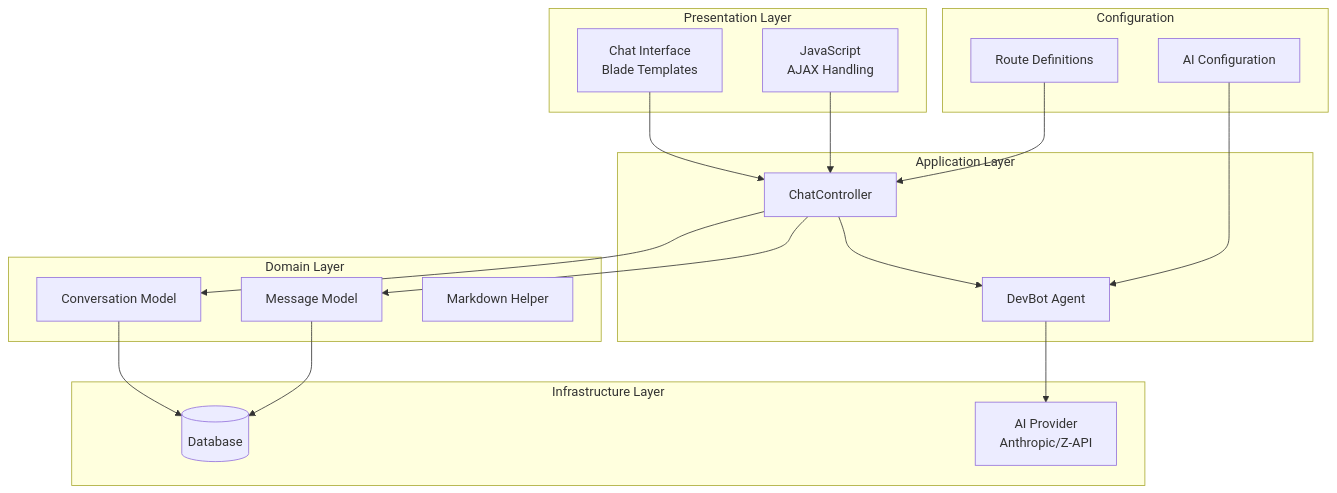
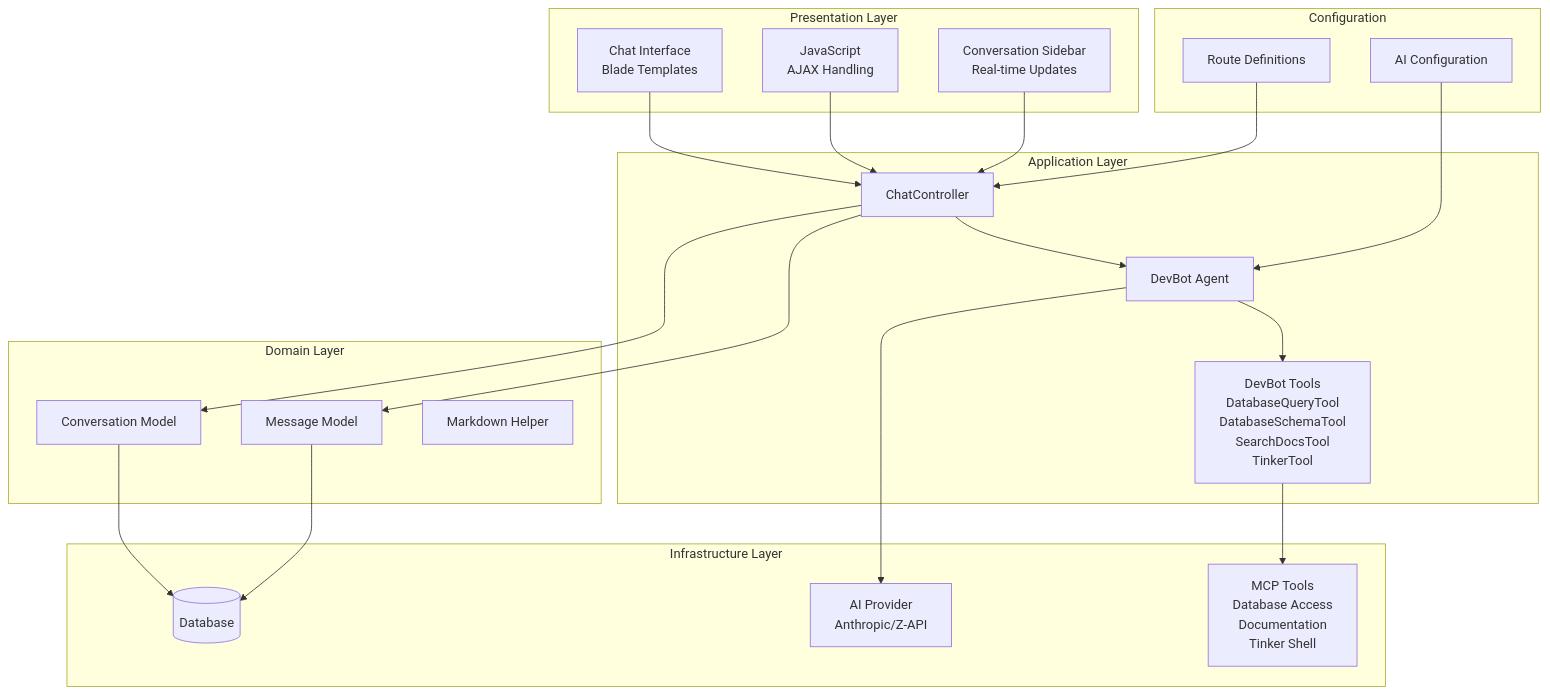
The first of 9 diagrams in .qoder/repowiki/en/content/Frontend Development/Chat Interface System.md (siimliimand/laravel-assistant), drawn with Mermaid before and after one commit. The commit also changed other lines of this file and 4 other files, not shown here.

First line of the commit message:
docs(agent): document comprehensive MCP tool integration in DevBot AI agent system

````diff
--- a/.qoder/repowiki/en/content/Frontend Development/Chat Interface System.md
+++ b/.qoder/repowiki/en/content/Frontend Development/Chat Interface System.md
@@ -43,34 +59,40 @@
 ```mermaid
 graph TB
 subgraph "Presentation Layer"
 UI[Chat Interface<br/>Blade Templates]
 JS[JavaScript<br/>AJAX Handling]
+Sidebar[Conversation Sidebar<br/>Real-time Updates]
 end
 subgraph "Application Layer"
 Controller[ChatController]
 Agent[DevBot Agent]
+Tools[DevBot Tools<br/>DatabaseQueryTool<br/>DatabaseSchemaTool<br/>SearchDocsTool<br/>TinkerTool]
 end
 subgraph "Domain Layer"
 Conversation[Conversation Model]
 Message[Message Model]
 Markdown[Markdown Helper]
 end
 subgraph "Infrastructure Layer"
 Database[(Database)]
 AI_Provider[AI Provider<br/>Anthropic/Z-API]
+MCP_Tools[MCP Tools<br/>Database Access<br/>Documentation<br/>Tinker Shell]
 end
 subgraph "Configuration"
 Routes[Route Definitions]
 Config[AI Configuration]
 end
 UI --> Controller
 JS --> Controller
+Sidebar --> Controller
 Controller --> Agent
 Controller --> Conversation
 Controller --> Message
+Agent --> Tools
 Agent --> AI_Provider
+Tools --> MCP_Tools
 Conversation --> Database
 Message --> Database
 Routes --> Controller
 Config --> Agent
 ```
````
